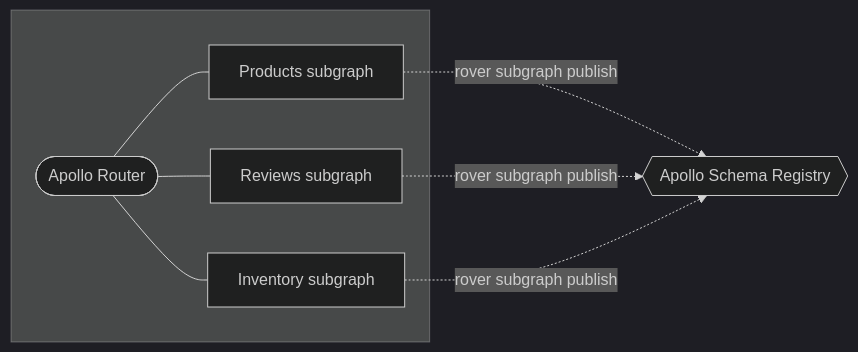
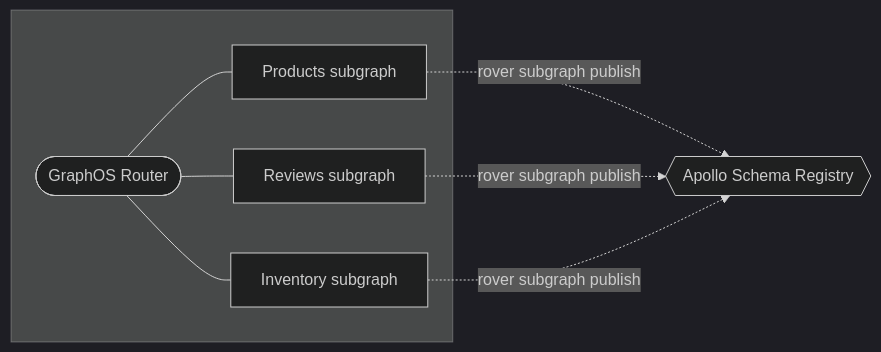
One commit to apollographql/router changed the diagram in docs/shared/register-federated-cli.mdx. Above: the diagram before and after it, drawn with Mermaid (dark theme). The commit also changed other lines of this file and 32 other files, not shown here.

````diff
--- a/docs/shared/register-federated-cli.mdx
+++ b/docs/shared/register-federated-cli.mdx
@@ -3,13 +3,13 @@
 ```mermaid
 graph LR;
   subgraph " "
-  gateway([Apollo Router]);
+  gateway([GraphOS Router]);
   subgraphA[Products subgraph];
   subgraphB[Reviews subgraph];
   subgraphC[Inventory subgraph];
   end
   registry{{Apollo Schema Registry}};
   gateway --- subgraphA & subgraphB & subgraphC;
   subgraphA & subgraphB & subgraphC -. rover subgraph publish  .-> registry;
   class registry secondary;
 ```
````
